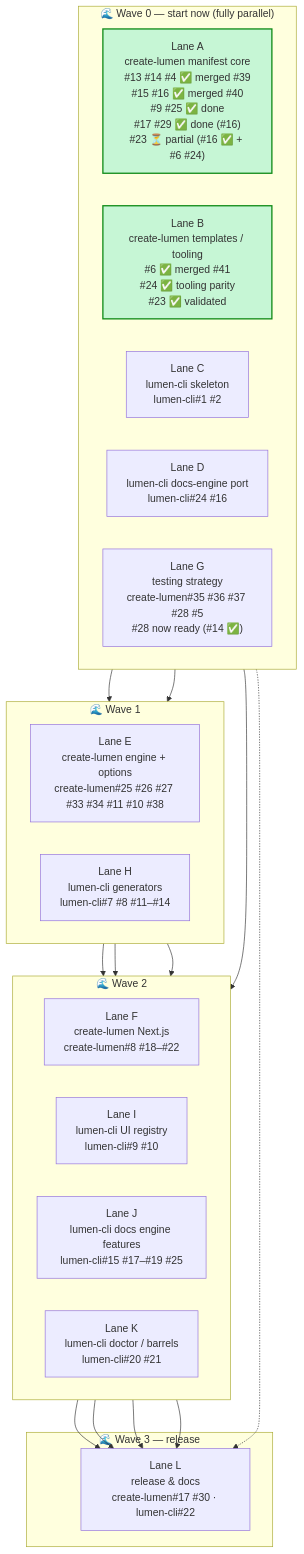
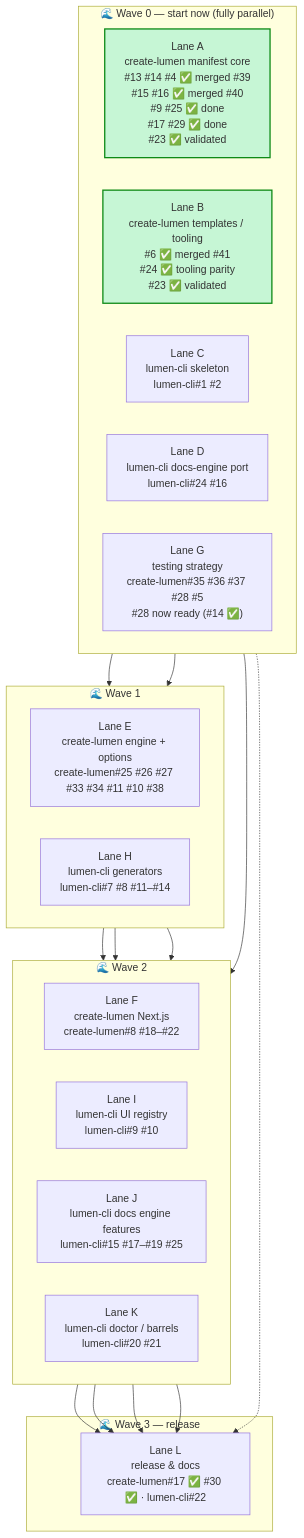
The third of 5 diagrams in docs/PLAN.md (LUMEN-SH/create-lumen), drawn with Mermaid before and after one commit. The commit also changed other lines of this file and 7 other files, not shown here.

Commit message:
docs: add v1-to-v2 migration guide, lumen-cli contract, and update ecosystem docs (#17, #9, #30)

````diff
--- a/docs/PLAN.md
+++ b/docs/PLAN.md
@@ -141,43 +141,43 @@
 ```mermaid
 flowchart TB
     subgraph W0["🌊 Wave 0 — start now (fully parallel)"]
         direction LR
-        LaneA["Lane A<br/>create-lumen manifest core<br/>#13 #14 #4 ✅ merged #39<br/>#15 #16 ✅ merged #40<br/>#9 #25 ✅ done<br/>#17 #29 ✅ done (#16)<br/>#23 ⏳ partial (#16 ✅ + #6 #24)"]
+        LaneA["Lane A<br/>create-lumen manifest core<br/>#13 #14 #4 ✅ merged #39<br/>#15 #16 ✅ merged #40<br/>#9 #25 ✅ done<br/>#17 #29 ✅ done<br/>#23 ✅ validated"]
         LaneB["Lane B<br/>create-lumen templates / tooling<br/>#6 ✅ merged #41<br/>#24 ✅ tooling parity<br/>#23 ✅ validated"]
         LaneC["Lane C<br/>lumen-cli skeleton<br/>lumen-cli#1 #2"]
         LaneD["Lane D<br/>lumen-cli docs-engine port<br/>lumen-cli#24 #16"]
         LaneG["Lane G<br/>testing strategy<br/>create-lumen#35 #36 #37 #28 #5<br/>#28 now ready (#14 ✅)"]
     end
 
     subgraph W1["🌊 Wave 1"]
         direction LR
         LaneE["Lane E<br/>create-lumen engine + options<br/>create-lumen#25 #26 #27 #33 #34 #11 #10 #38"]
         LaneH["Lane H<br/>lumen-cli generators<br/>lumen-cli#7 #8 #11–#14"]
     end
 
     subgraph W2["🌊 Wave 2"]
         direction LR
         LaneF["Lane F<br/>create-lumen Next.js<br/>create-lumen#8 #18–#22"]
         LaneI["Lane I<br/>lumen-cli UI registry<br/>lumen-cli#9 #10"]
         LaneJ["Lane J<br/>lumen-cli docs engine features<br/>lumen-cli#15 #17–#19 #25"]
         LaneK["Lane K<br/>lumen-cli doctor / barrels<br/>lumen-cli#20 #21"]
     end
 
     subgraph W3["🌊 Wave 3 — release"]
-        LaneL["Lane L<br/>release &amp; docs<br/>create-lumen#17 #30 · lumen-cli#22"]
+        LaneL["Lane L<br/>release &amp; docs<br/>create-lumen#17 ✅ #30 ✅ · lumen-cli#22"]
     end
 
     LaneA --> LaneE --> LaneF
     LaneC --> LaneH
     LaneH --> LaneI
     LaneH --> LaneK
     LaneD --> LaneJ
     LaneG -.-> LaneL
     LaneF --> LaneL
     LaneI --> LaneL
     LaneJ --> LaneL
     LaneK --> LaneL
 
     style LaneA fill:#c6f6d5,stroke:#0e8a16,stroke-width:2px
     style LaneB fill:#c6f6d5,stroke:#0e8a16,stroke-width:2px
 ```
````
